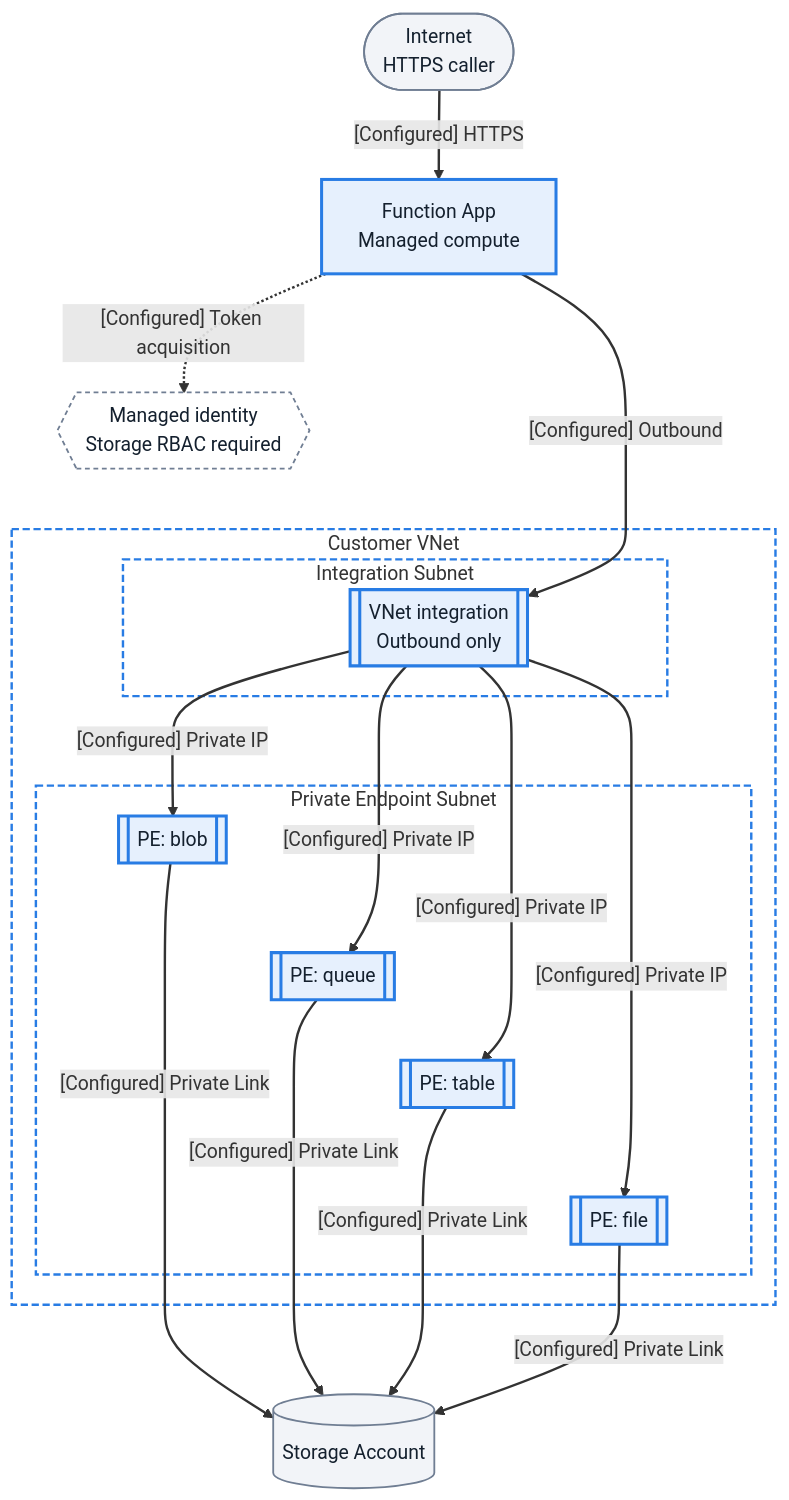
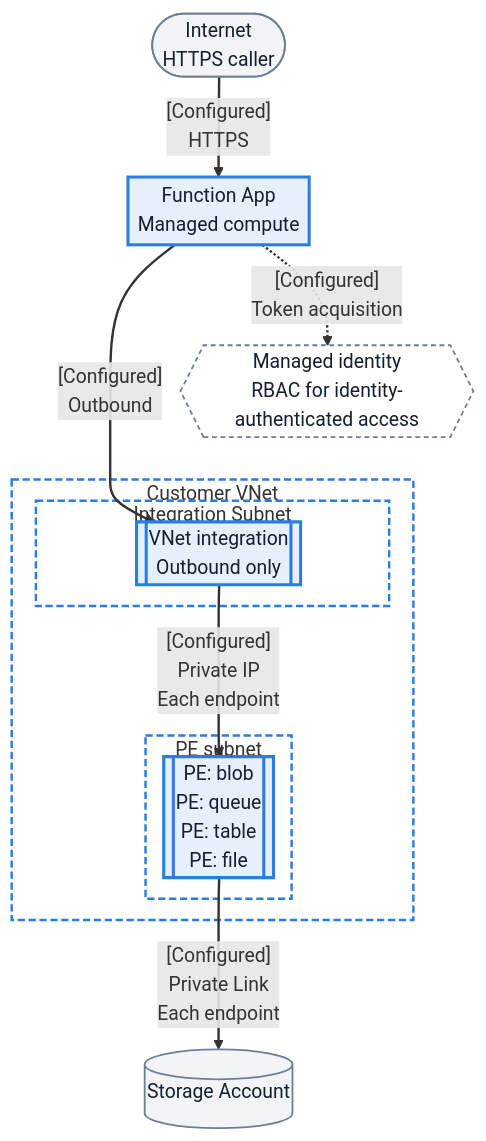
The diagram in docs/platform/networking-scenarios/private-egress.md (yeongseon/azure-functions-practical-guide), drawn with Mermaid before and after one commit. The commit also changed other lines of this file, not shown here.

Commit message:
docs(diagrams): compact private egress and qualify authorization
Keep the four endpoint relationships in an adjacent table while separating
identity-authenticated RBAC from Azure Files content-share authentication.

Refs #239

````diff
--- a/docs/platform/networking-scenarios/private-egress.md
+++ b/docs/platform/networking-scenarios/private-egress.md
@@ -67,45 +67,34 @@
 ```mermaid
+%%{init: {'flowchart': {'nodeSpacing': 10, 'rankSpacing': 35, 'padding': 4}}}%%
 flowchart TD
     accTitle: Public ingress with private Storage egress
     accDescr: Public HTTPS reaches the Function app outside the customer VNet. Outbound integration connects to separate Blob, Queue, Table and File private endpoints. Managed identity token acquisition and Storage RBAC permissions are separate from network connectivity; endpoint requirements depend on the plan and workload.
     client(["Internet<br/>HTTPS caller"])
     app_runtime["Function App<br/>Managed compute"]
     storage_db[("Storage Account")]
-    identity{{"Managed identity<br/>Storage RBAC required"}}
+    identity{{"Managed identity<br/>RBAC for identity-authenticated access"}}
     subgraph vnet_fn["Customer VNet"]
         subgraph subnet_int_fn["Integration Subnet"]
             vnet_integration[["VNet integration<br/>Outbound only"]]
         end
-        subgraph subnet_pe_fn["Private Endpoint Subnet"]
-            pe_blob[["PE: blob"]]
-            pe_queue[["PE: queue"]]
-            pe_table[["PE: table"]]
-            pe_file[["PE: file"]]
+        subgraph subnet_pe_fn["PE subnet"]
+            pe_storage[["PE: blob<br/>PE: queue<br/>PE: table<br/>PE: file"]]
         end
     end
-    client -->|"[Configured] HTTPS"| app_runtime
-    app_runtime -.->|"[Configured] Token acquisition"| identity
-    app_runtime -->|"[Configured] Outbound"| vnet_integration
-    vnet_integration -->|"[Configured] Private IP"| pe_blob
-    vnet_integration -->|"[Configured] Private IP"| pe_queue
-    vnet_integration -->|"[Configured] Private IP"| pe_table
-    vnet_integration -->|"[Configured] Private IP"| pe_file
-    pe_blob -->|"[Configured] Private Link"| storage_db
-    pe_queue -->|"[Configured] Private Link"| storage_db
-    pe_table -->|"[Configured] Private Link"| storage_db
-    pe_file -->|"[Configured] Private Link"| storage_db
-    %% Layout-only links tier alternatives; no connection or step is added.
+    client -->|"[Configured]<br/>HTTPS"| app_runtime
+    app_runtime -.->|"[Configured]<br/>Token acquisition"| identity
+    app_runtime -->|"[Configured]<br/>Outbound"| vnet_integration
+    vnet_integration -->|"[Configured]<br/>Private IP<br/>Each endpoint"| pe_storage
+    pe_storage -->|"[Configured]<br/>Private Link<br/>Each endpoint"| storage_db
+    %% Layout-only link tiers identity above integration; no connection added.
     identity ~~~ vnet_integration
-    pe_blob ~~~ pe_queue
-    pe_queue ~~~ pe_table
-    pe_table ~~~ pe_file
     classDef baseNeutral fill:#f2f4f8,stroke:#707e93,stroke-width:1.5px,color:#14202e;
     classDef focusActive fill:#e6f0fd,stroke:#287ce4,stroke-width:2.5px,color:#14202e;
     classDef bandMuted fill:#ffffff,stroke:#707e93,stroke-width:1.5px,stroke-dasharray:4 3,color:#14202e;
     classDef netBox fill:transparent,stroke:#287ce4,stroke-width:2px,stroke-dasharray:6 3;
     class client,storage_db baseNeutral;
-    class app_runtime,vnet_integration,pe_blob,pe_queue,pe_table,pe_file focusActive;
+    class app_runtime,vnet_integration,pe_storage focusActive;
     class identity bandMuted;
     class vnet_fn,subnet_int_fn,subnet_pe_fn netBox;
     linkStyle default stroke-width:2px;
 ```
````
